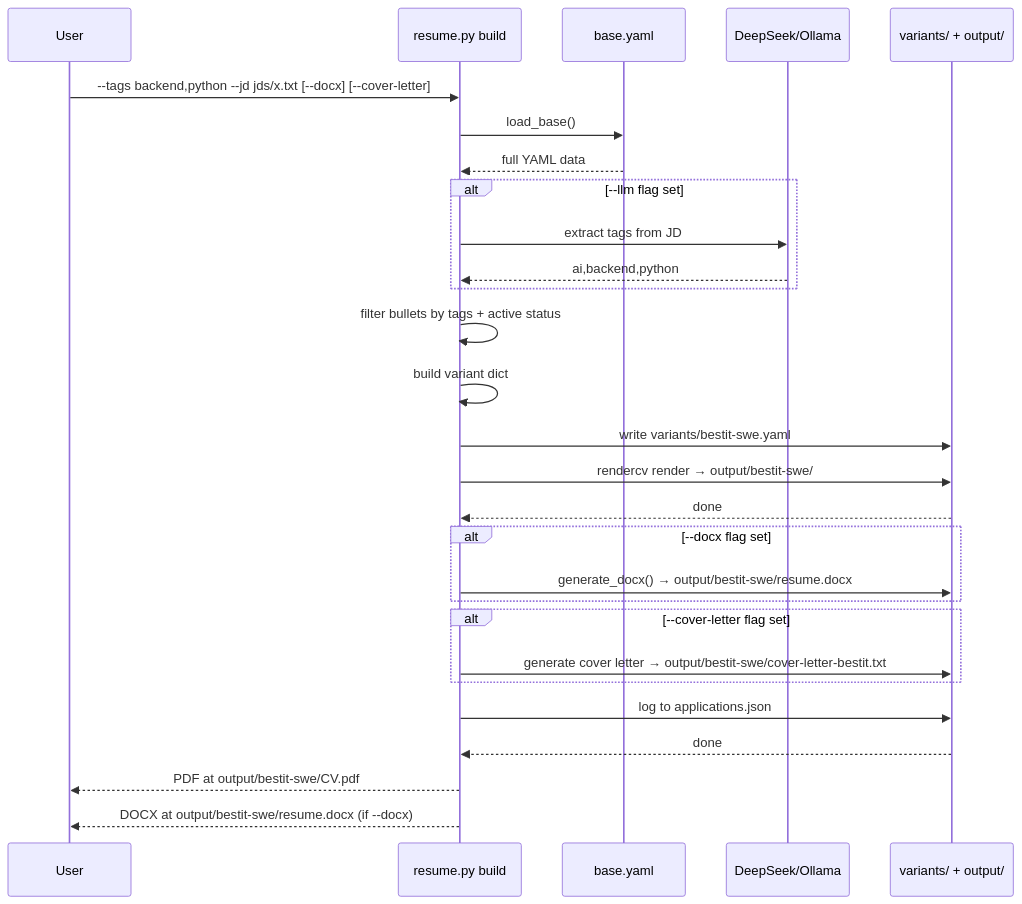
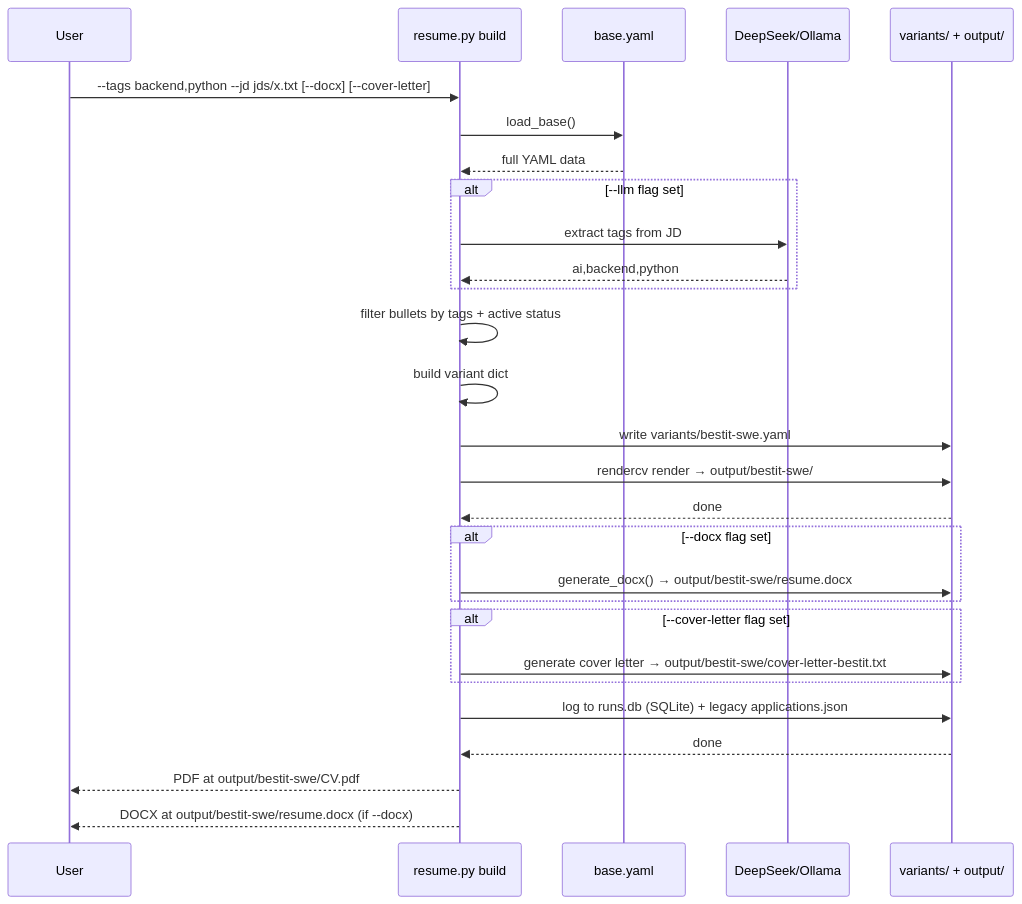
The sixth of 10 diagrams in docs/overview.md (jxjwilliam/resume-generator), drawn with Mermaid before and after one commit. The commit also changed other lines of this file and 17 other files, not shown here.

First line of the commit message:
history consolidation: shared SQLite DB for CLI + WebUI

````diff
--- a/docs/overview.md
+++ b/docs/overview.md
@@ -221,38 +221,38 @@
 ```mermaid
 sequenceDiagram
     participant User
     participant CLI as resume.py build
     participant Base as base.yaml
     participant LLM as DeepSeek/Ollama
     participant FS as variants/ + output/
 
     User->>CLI: --tags backend,python --jd jds/x.txt [--docx] [--cover-letter]
     CLI->>Base: load_base()
     Base-->>CLI: full YAML data
 
     alt --llm flag set
         CLI->>LLM: extract tags from JD
         LLM-->>CLI: ai,backend,python
     end
 
     CLI->>CLI: filter bullets by tags + active status
     CLI->>CLI: build variant dict
     CLI->>FS: write variants/bestit-swe.yaml
 
     CLI->>FS: rendercv render → output/bestit-swe/
     FS-->>CLI: done
 
     alt --docx flag set
         CLI->>FS: generate_docx() → output/bestit-swe/resume.docx
     end
 
     alt --cover-letter flag set
         CLI->>FS: generate cover letter → output/bestit-swe/cover-letter-bestit.txt
     end
 
-    CLI->>FS: log to applications.json
+    CLI->>FS: log to runs.db (SQLite) + legacy applications.json
     FS-->>CLI: done
 
     CLI-->>User: PDF at output/bestit-swe/CV.pdf
     CLI-->>User: DOCX at output/bestit-swe/resume.docx (if --docx)
 ```
````
